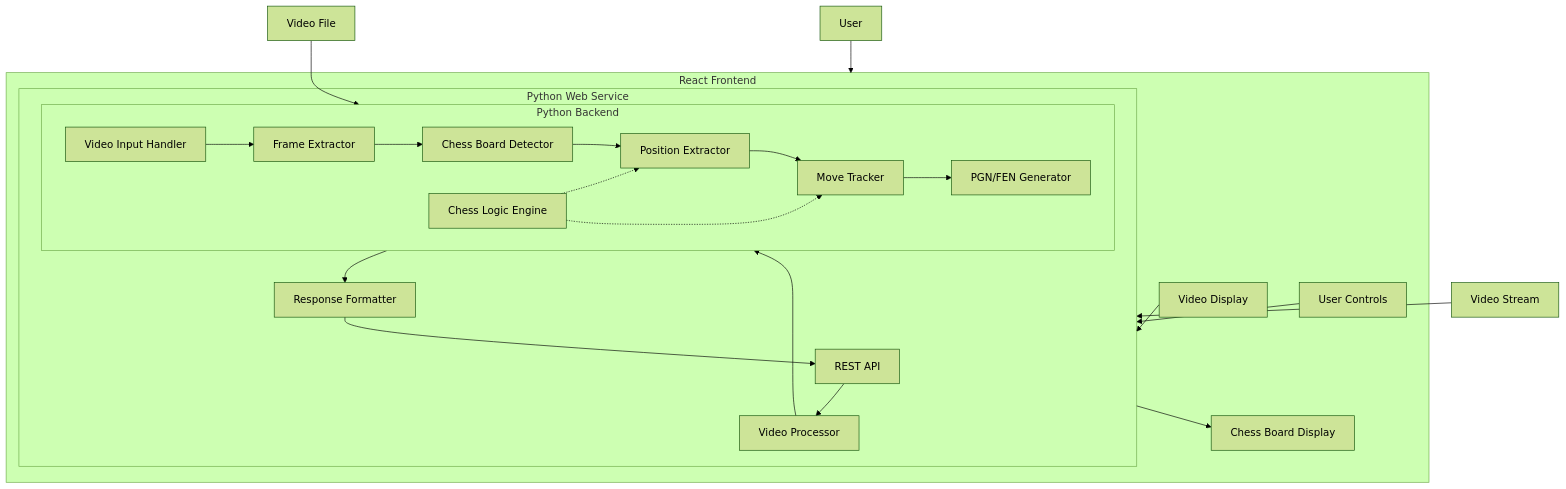
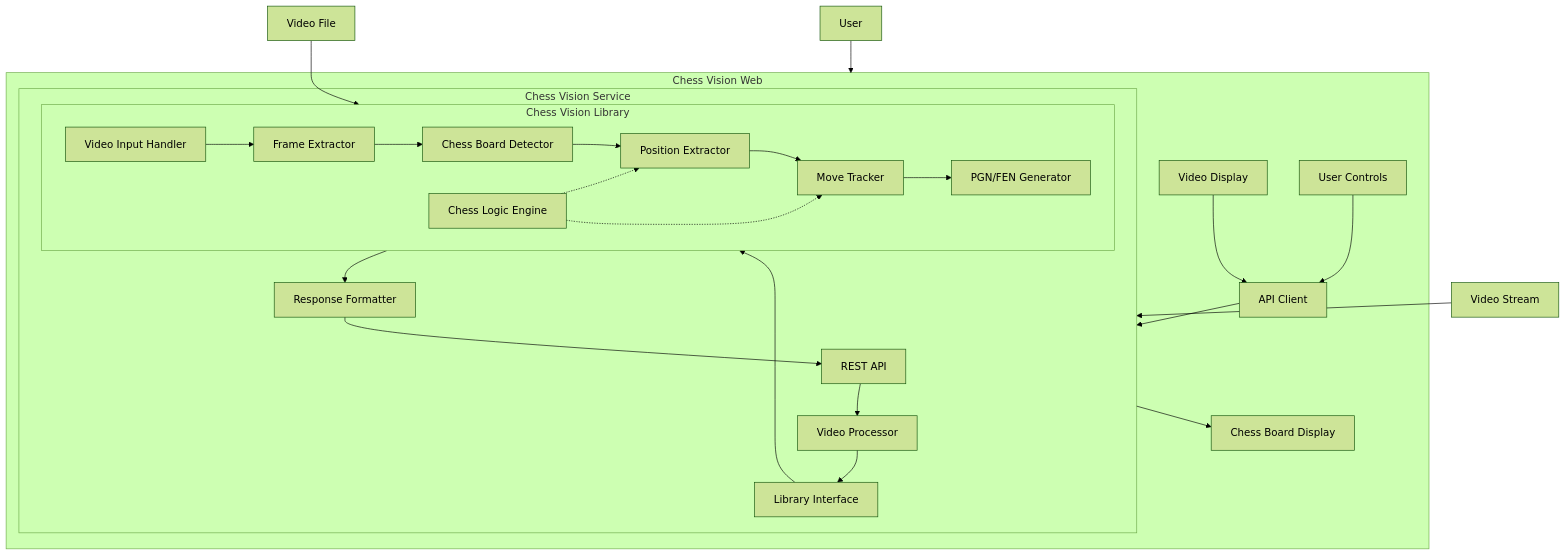
One commit to rsaiprasad/chessvision changed the first of 2 diagrams in memory-bank/systemPatterns.md. Above: the diagram before and after it, drawn with Mermaid (forest theme). The commit also changed other lines of this file and 24 other files, not shown here.

````diff
--- a/memory-bank/systemPatterns.md
+++ b/memory-bank/systemPatterns.md
@@ -5,30 +5,32 @@
 ```mermaid
 flowchart TD
-    subgraph Backend [Python Backend]
+    subgraph chess-vision-lib [Chess Vision Library]
         VideoInput[Video Input Handler] --> FrameExtractor[Frame Extractor]
         FrameExtractor --> BoardDetector[Chess Board Detector]
         BoardDetector --> PositionExtractor[Position Extractor]
         PositionExtractor --> MoveTracker[Move Tracker]
         MoveTracker --> NotationGenerator[PGN/FEN Generator]
         
         ChessLogic[Chess Logic Engine] -.-> MoveTracker
         ChessLogic -.-> PositionExtractor
     end
     
-    subgraph WebService [Python Web Service]
+    subgraph chess-vision-service [Chess Vision Service]
         API[REST API] --> VideoProcessor[Video Processor]
-        VideoProcessor --> Backend
-        Backend --> ResponseFormatter[Response Formatter]
+        VideoProcessor --> LibraryInterface[Library Interface]
+        LibraryInterface --> chess-vision-lib
+        chess-vision-lib --> ResponseFormatter[Response Formatter]
         ResponseFormatter --> API
     end
     
-    subgraph Frontend [React Frontend]
-        VideoDisplay[Video Display] --> WebService
-        WebService --> BoardDisplay[Chess Board Display]
-        UserControls[User Controls] --> WebService
+    subgraph chess-vision-web [Chess Vision Web]
+        VideoDisplay[Video Display] --> APIClient[API Client]
+        APIClient --> chess-vision-service
+        chess-vision-service --> BoardDisplay[Chess Board Display]
+        UserControls[User Controls] --> APIClient
     end
     
-    VideoFile[Video File] --> Backend
-    VideoStream[Video Stream] --> WebService
-    User[User] --> Frontend
+    VideoFile[Video File] --> chess-vision-lib
+    VideoStream[Video Stream] --> chess-vision-service
+    User[User] --> chess-vision-web
 ```
````
